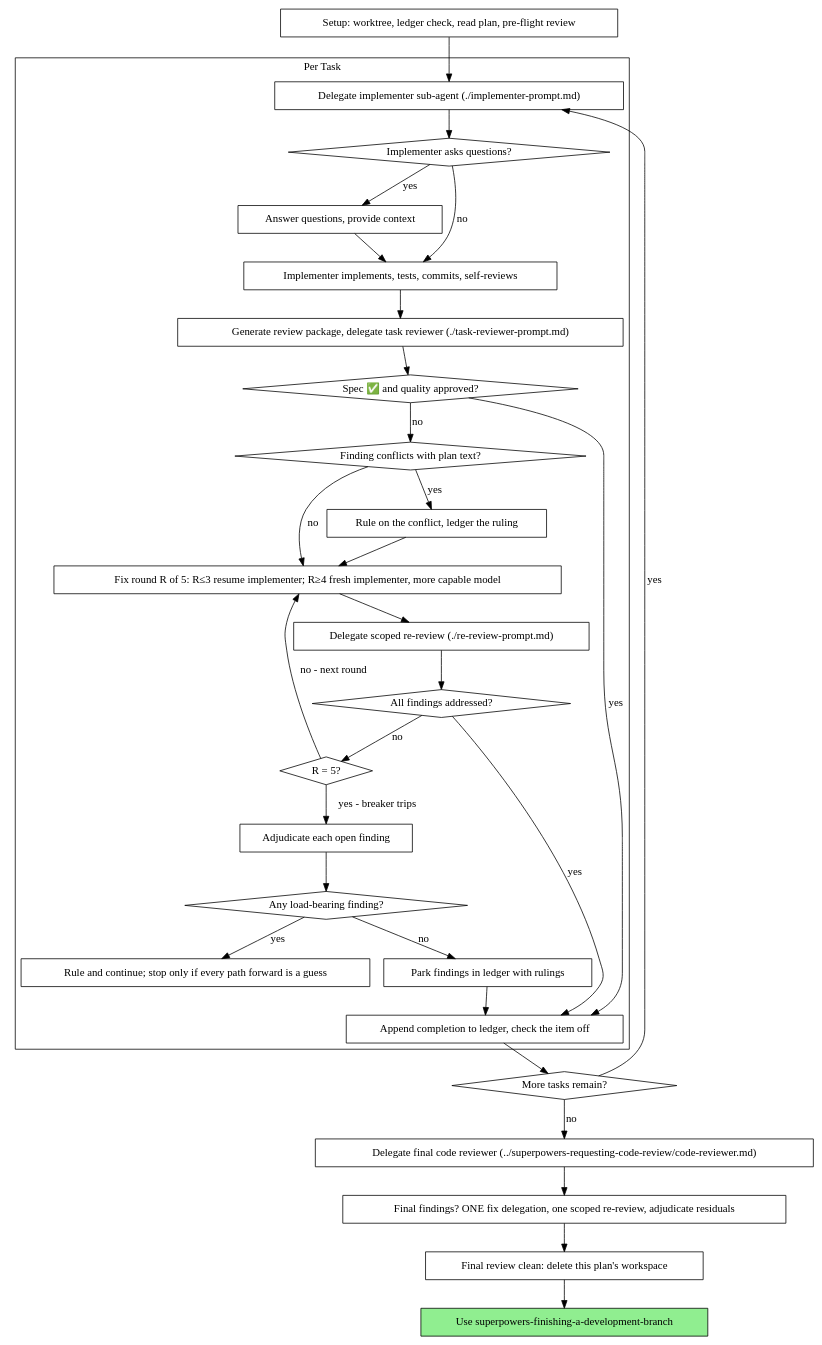
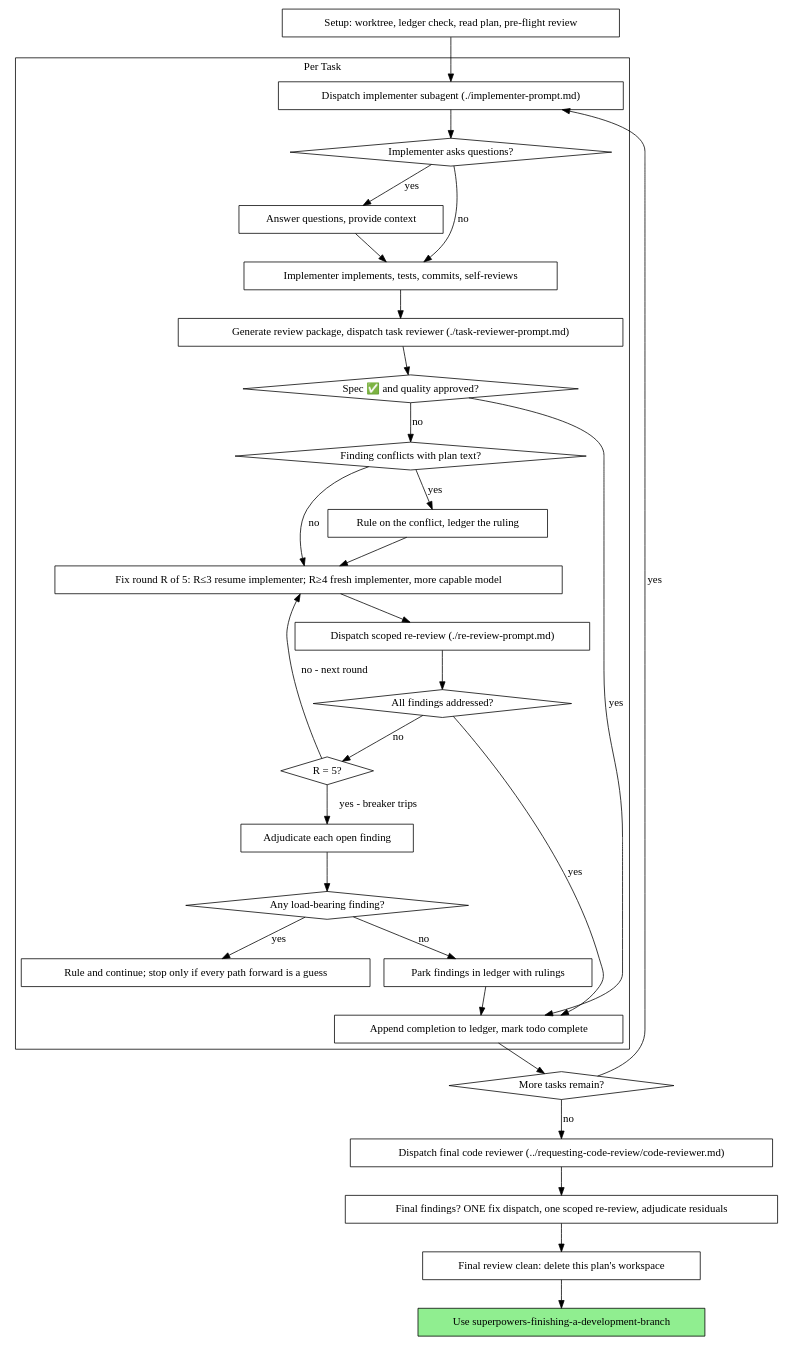
One commit to ScoobyBaby1999/doomalay changed the second of 2 diagrams in brain/agent_skills/superpowers-subagent-driven-development/SKILL.md. Above: the diagram before and after it, drawn with Graphviz. The commit also changed other lines of this file and 62 other files, not shown here.

````diff
--- a/brain/agent_skills/superpowers-subagent-driven-development/SKILL.md
+++ b/brain/agent_skills/superpowers-subagent-driven-development/SKILL.md
@@ -61,62 +61,62 @@
 ```dot
 digraph process {
     rankdir=TB;
 
     subgraph cluster_per_task {
         label="Per Task";
-        "Delegate implementer sub-agent (./implementer-prompt.md)" [shape=box];
+        "Dispatch implementer subagent (./implementer-prompt.md)" [shape=box];
         "Implementer asks questions?" [shape=diamond];
         "Answer questions, provide context" [shape=box];
         "Implementer implements, tests, commits, self-reviews" [shape=box];
-        "Generate review package, delegate task reviewer (./task-reviewer-prompt.md)" [shape=box];
+        "Generate review package, dispatch task reviewer (./task-reviewer-prompt.md)" [shape=box];
         "Spec ✅ and quality approved?" [shape=diamond];
         "Finding conflicts with plan text?" [shape=diamond];
         "Rule on the conflict, ledger the ruling" [shape=box];
         "Fix round R of 5: R≤3 resume implementer; R≥4 fresh implementer, more capable model" [shape=box];
-        "Delegate scoped re-review (./re-review-prompt.md)" [shape=box];
+        "Dispatch scoped re-review (./re-review-prompt.md)" [shape=box];
         "All findings addressed?" [shape=diamond];
         "R = 5?" [shape=diamond];
         "Adjudicate each open finding" [shape=box];
         "Any load-bearing finding?" [shape=diamond];
         "Rule and continue; stop only if every path forward is a guess" [shape=box];
         "Park findings in ledger with rulings" [shape=box];
-        "Append completion to ledger, check the item off" [shape=box];
+        "Append completion to ledger, mark todo complete" [shape=box];
     }
 
     "Setup: worktree, ledger check, read plan, pre-flight review" [shape=box];
     "More tasks remain?" [shape=diamond];
-    "Delegate final code reviewer (../superpowers-requesting-code-review/code-reviewer.md)" [shape=box];
-    "Final findings? ONE fix delegation, one scoped re-review, adjudicate residuals" [shape=box];
+    "Dispatch final code reviewer (../requesting-code-review/code-reviewer.md)" [shape=box];
+    "Final findings? ONE fix dispatch, one scoped re-review, adjudicate residuals" [shape=box];
     "Final review clean: delete this plan's workspace" [shape=box];
     "Use superpowers-finishing-a-development-branch" [shape=box style=filled fillcolor=lightgreen];
 
-    "Setup: worktree, ledger check, read plan, pre-flight review" -> "Delegate implementer sub-agent (./implementer-prompt.md)";
-    "Delegate implementer sub-agent (./implementer-prompt.md)" -> "Implementer asks questions?";
+    "Setup: worktree, ledger check, read plan, pre-flight review" -> "Dispatch implementer subagent (./implementer-prompt.md)";
+    "Dispatch implementer subagent (./implementer-prompt.md)" -> "Implementer asks questions?";
     "Implementer asks questions?" -> "Answer questions, provide context" [label="yes"];
     "Answer questions, provide context" -> "Implementer implements, tests, commits, self-reviews";
     "Implementer asks questions?" -> "Implementer implements, tests, commits, self-reviews" [label="no"];
-    "Implementer implements, tests, commits, self-reviews" -> "Generate review package, delegate task reviewer (./task-reviewer-prompt.md)";
-    "Generate review package, delegate task reviewer (./task-reviewer-prompt.md)" -> "Spec ✅ and quality approved?";
-    "Spec ✅ and quality approved?" -> "Append completion to ledger, check the item off" [label="yes"];
+    "Implementer implements, tests, commits, self-reviews" -> "Generate review package, dispatch task reviewer (./task-reviewer-prompt.md)";
+    "Generate review package, dispatch task reviewer (./task-reviewer-prompt.md)" -> "Spec ✅ and quality approved?";
+    "Spec ✅ and quality approved?" -> "Append completion to ledger, mark todo complete" [label="yes"];
     "Spec ✅ and quality approved?" -> "Finding conflicts with plan text?" [label="no"];
     "Finding conflicts with plan text?" -> "Rule on the conflict, ledger the ruling" [label="yes"];
     "Rule on the conflict, ledger the ruling" -> "Fix round R of 5: R≤3 resume implementer; R≥4 fresh implementer, more capable model";
     "Finding conflicts with plan text?" -> "Fix round R of 5: R≤3 resume implementer; R≥4 fresh implementer, more capable model" [label="no"];
-    "Fix round R of 5: R≤3 resume implementer; R≥4 fresh implementer, more capable model" -> "Delegate scoped re-review (./re-review-prompt.md)";
-    "Delegate scoped re-review (./re-review-prompt.md)" -> "All findings addressed?";
-    "All findings addressed?" -> "Append completion to ledger, check the item off" [label="yes"];
+    "Fix round R of 5: R≤3 resume implementer; R≥4 fresh implementer, more capable model" -> "Dispatch scoped re-review (./re-review-prompt.md)";
+    "Dispatch scoped re-review (./re-review-prompt.md)" -> "All findings addressed?";
+    "All findings addressed?" -> "Append completion to ledger, mark todo complete" [label="yes"];
     "All findings addressed?" -> "R = 5?" [label="no"];
     "R = 5?" -> "Fix round R of 5: R≤3 resume implementer; R≥4 fresh implementer, more capable model" [label="no - next round"];
     "R = 5?" -> "Adjudicate each open finding" [label="yes - breaker trips"];
     "Adjudicate each open finding" -> "Any load-bearing finding?";
     "Any load-bearing finding?" -> "Rule and continue; stop only if every path forward is a guess" [label="yes"];
     "Any load-bearing finding?" -> "Park findings in ledger with rulings" [label="no"];
-    "Park findings in ledger with rulings" -> "Append completion to ledger, check the item off";
-    "Append completion to ledger, check the item off" -> "More tasks remain?";
-    "More tasks remain?" -> "Delegate implementer sub-agent (./implementer-prompt.md)" [label="yes"];
-    "More tasks remain?" -> "Delegate final code reviewer (../superpowers-requesting-code-review/code-reviewer.md)" [label="no"];
-    "Delegate final code reviewer (../superpowers-requesting-code-review/code-reviewer.md)" -> "Final findings? ONE fix delegation, one scoped re-review, adjudicate residuals";
-    "Final findings? ONE fix delegation, one scoped re-review, adjudicate residuals" -> "Final review clean: delete this plan's workspace";
+    "Park findings in ledger with rulings" -> "Append completion to ledger, mark todo complete";
+    "Append completion to ledger, mark todo complete" -> "More tasks remain?";
+    "More tasks remain?" -> "Dispatch implementer subagent (./implementer-prompt.md)" [label="yes"];
+    "More tasks remain?" -> "Dispatch final code reviewer (../requesting-code-review/code-reviewer.md)" [label="no"];
+    "Dispatch final code reviewer (../requesting-code-review/code-reviewer.md)" -> "Final findings? ONE fix dispatch, one scoped re-review, adjudicate residuals";
+    "Final findings? ONE fix dispatch, one scoped re-review, adjudicate residuals" -> "Final review clean: delete this plan's workspace";
     "Final review clean: delete this plan's workspace" -> "Use superpowers-finishing-a-development-branch";
 }
 ```
````
